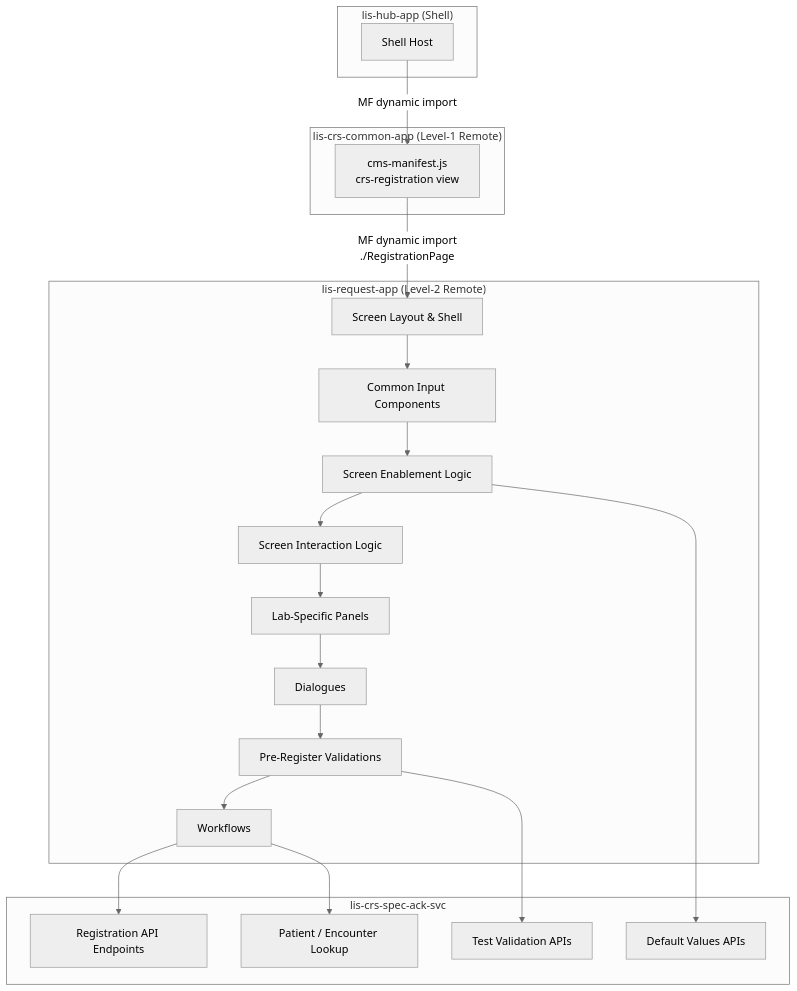
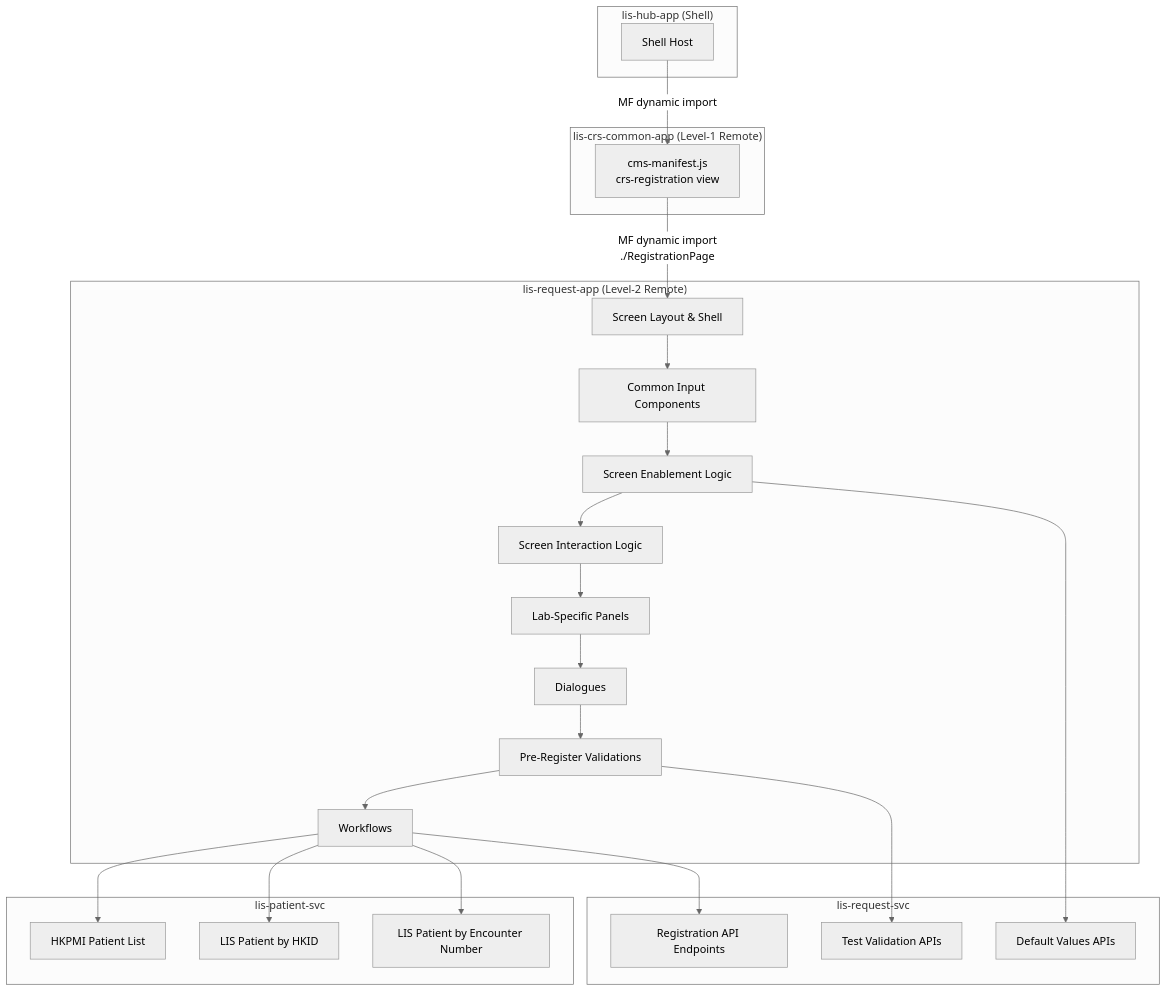
One commit to DragonChong/HA-Notes changed the diagram in CRS/Revamp/Migration Plan/Registration Migration Plan.md. Above: the diagram before and after it, drawn with Mermaid (neutral theme). The commit also changed other lines of this file and 4 other files, not shown here.

````diff
--- a/CRS/Revamp/Migration Plan/Registration Migration Plan.md
+++ b/CRS/Revamp/Migration Plan/Registration Migration Plan.md
@@ -82,37 +83,44 @@
 ```mermaid
 graph TD
     subgraph "lis-hub-app (Shell)"
         Shell[Shell Host]
     end
 
     subgraph "lis-crs-common-app (Level-1 Remote)"
         Manifest[cms-manifest.js\ncrs-registration view]
     end
 
     subgraph "lis-request-app (Level-2 Remote)"
         A[Screen Layout & Shell]
         B[Common Input Components]
         C[Screen Enablement Logic]
         D[Screen Interaction Logic]
         E[Lab-Specific Panels]
         F[Dialogues]
         G[Pre-Register Validations]
         H[Workflows]
     end
 
-    subgraph "lis-crs-spec-ack-svc"
+    subgraph "lis-request-svc"
         I[Registration API Endpoints]
-        J[Patient / Encounter Lookup]
         K[Test Validation APIs]
         L[Default Values APIs]
+    end
+
+    subgraph "lis-patient-svc"
+        J[HKPMI Patient List]
+        J2[LIS Patient by HKID]
+        J3[LIS Patient by Encounter Number]
     end
 
     Shell -->|"MF dynamic import"| Manifest
     Manifest -->|"MF dynamic import\n./RegistrationPage"| A
     A --> B --> C --> D
     D --> E --> F --> G --> H
     H --> I
     H --> J
+    H --> J2
+    H --> J3
     G --> K
     C --> L
 ```
````
